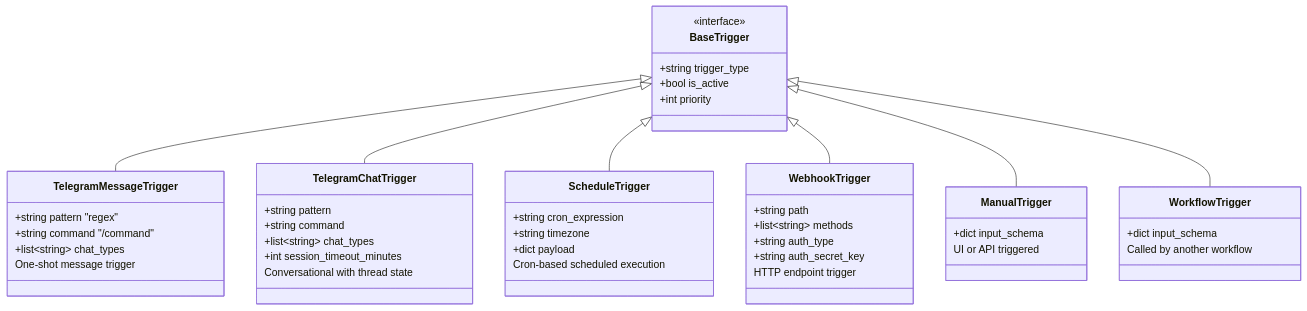
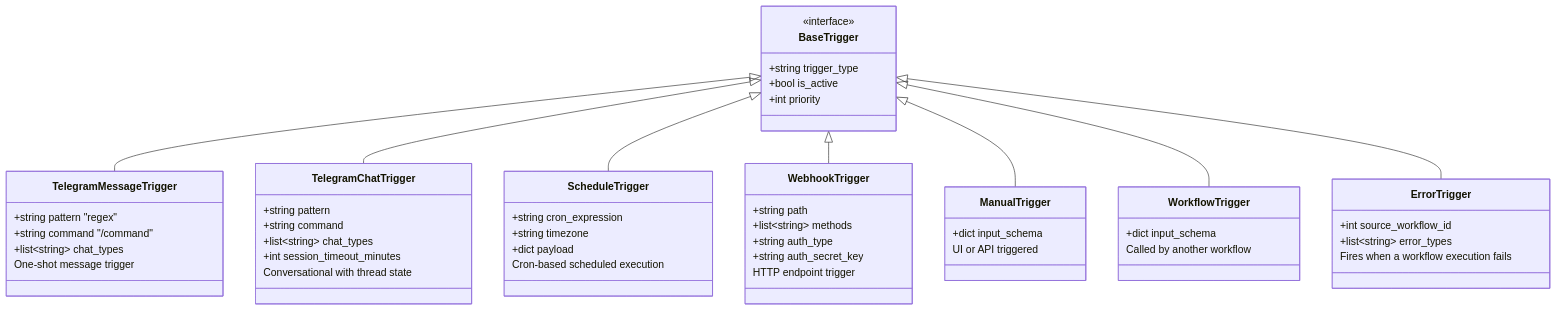
The third of 6 diagrams in docs/system_design.md (theuselessai/Pipelit), drawn with Mermaid before and after one commit. The commit also changed other lines of this file, not shown here.

````diff
--- a/docs/system_design.md
+++ b/docs/system_design.md
@@ -580,56 +687,63 @@
 ```mermaid
 classDiagram
     class BaseTrigger {
         <<interface>>
         +string trigger_type
         +bool is_active
         +int priority
     }
 
     class TelegramMessageTrigger {
         +string pattern "regex"
         +string command "/command"
         +list~string~ chat_types
         One-shot message trigger
     }
 
     class TelegramChatTrigger {
         +string pattern
         +string command
         +list~string~ chat_types
         +int session_timeout_minutes
         Conversational with thread state
     }
 
     class ScheduleTrigger {
         +string cron_expression
         +string timezone
         +dict payload
         Cron-based scheduled execution
     }
 
     class WebhookTrigger {
         +string path
         +list~string~ methods
         +string auth_type
         +string auth_secret_key
         HTTP endpoint trigger
     }
 
     class ManualTrigger {
         +dict input_schema
         UI or API triggered
     }
 
     class WorkflowTrigger {
         +dict input_schema
         Called by another workflow
     }
 
+    class ErrorTrigger {
+        +int source_workflow_id
+        +list~string~ error_types
+        Fires when a workflow execution fails
+    }
+
     BaseTrigger <|-- TelegramMessageTrigger
     BaseTrigger <|-- TelegramChatTrigger
     BaseTrigger <|-- ScheduleTrigger
     BaseTrigger <|-- WebhookTrigger
     BaseTrigger <|-- ManualTrigger
     BaseTrigger <|-- WorkflowTrigger
+    BaseTrigger <|-- ErrorTrigger
 ```
````
